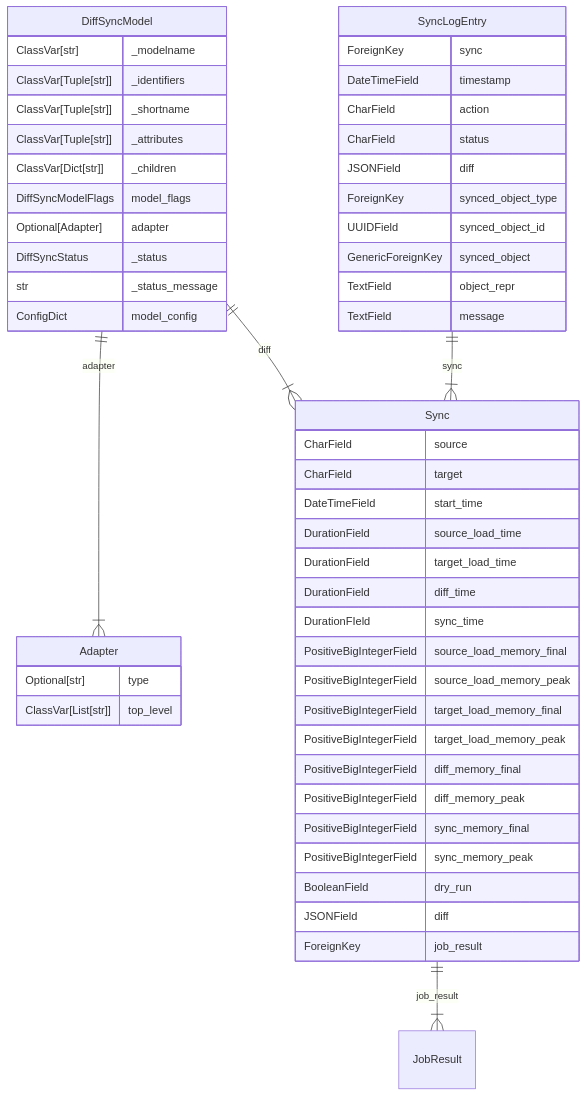
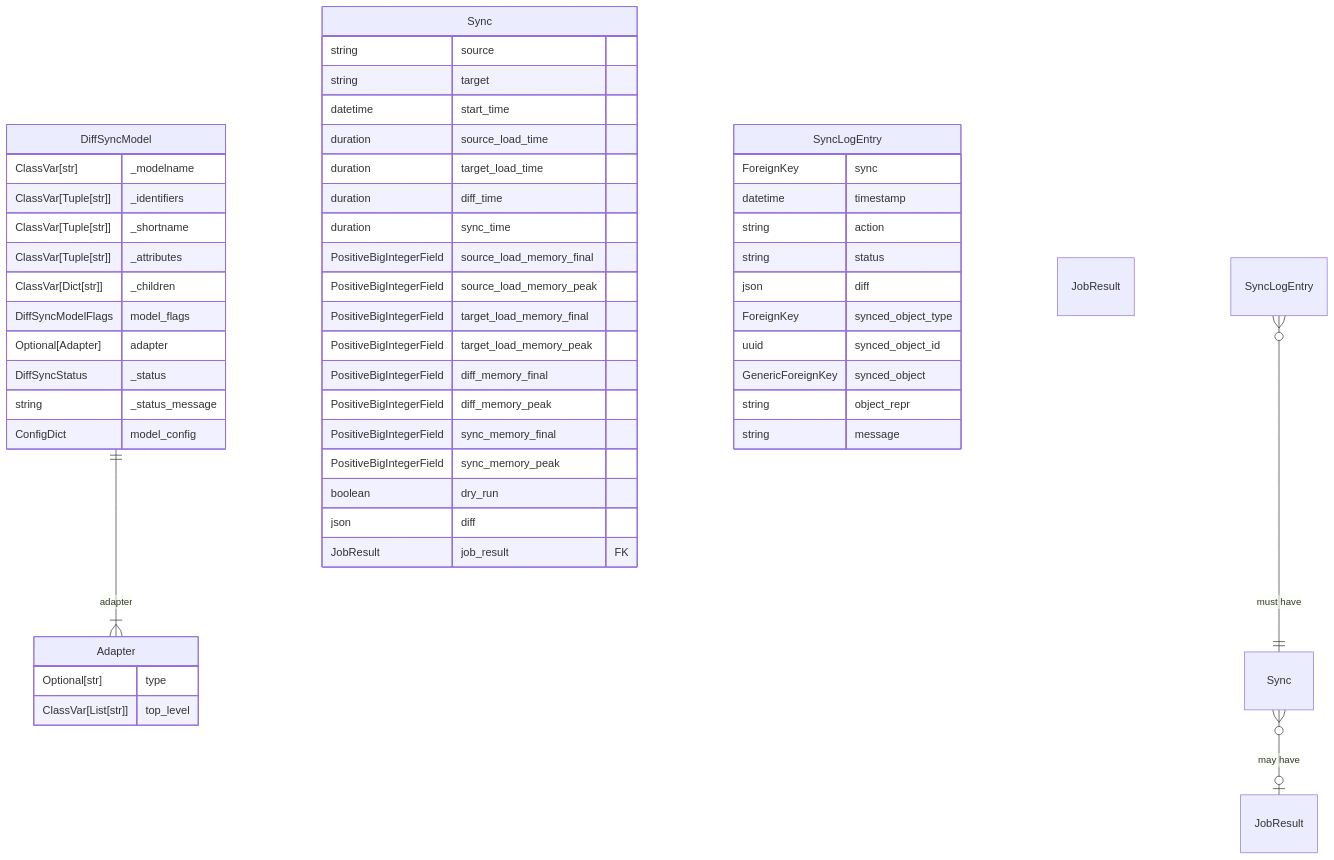
One commit to nautobot/nautobot-app-ssot changed the diagram in docs/dev/diagrams.md. Above: the diagram before and after it, drawn with Mermaid.

Commit message:
docs: 📝 Updates from comments

````diff
--- a/docs/dev/diagrams.md
+++ b/docs/dev/diagrams.md
@@ -5,55 +5,55 @@
 ```mermaid
 erDiagram
 DiffSyncModel{
     ClassVar[str] _modelname
     ClassVar[Tuple[str]] _identifiers
     ClassVar[Tuple[str]] _shortname
     ClassVar[Tuple[str]] _attributes
     ClassVar[Dict[str]] _children
     DiffSyncModelFlags model_flags
     Optional[Adapter] adapter
     DiffSyncStatus _status
-    str _status_message
+    string _status_message
     ConfigDict model_config
 }
 Adapter{
     Optional[str] type
     ClassVar[List[str]] top_level
 }
-Sync{
-    CharField source
-    CharField target
-    DateTimeField start_time
-    DurationField source_load_time
-    DurationField target_load_time
-    DurationField diff_time
-    DurationFIeld sync_time
+"nautobot_app_ssot.Sync"[Sync]{
+    string source
+    string target
+    datetime start_time
+    duration source_load_time
+    duration target_load_time
+    duration diff_time
+    duration sync_time
     PositiveBigIntegerField source_load_memory_final
     PositiveBigIntegerField source_load_memory_peak
     PositiveBigIntegerField target_load_memory_final
     PositiveBigIntegerField target_load_memory_peak
     PositiveBigIntegerField diff_memory_final
     PositiveBigIntegerField diff_memory_peak
     PositiveBigIntegerField sync_memory_final
     PositiveBigIntegerField sync_memory_peak
-    BooleanField dry_run
-    JSONField diff
-    ForeignKey job_result
+    boolean dry_run
+    json diff
+    JobResult job_result FK
 }
-SyncLogEntry{
+"nautobot_app_ssot.SyncLogEntry"[SyncLogEntry]{
     ForeignKey sync
-    DateTimeField timestamp
-    CharField action
-    CharField status
-    JSONField diff
+    datetime timestamp
+    string action
+    string status
+    json diff
     ForeignKey synced_object_type
-    UUIDField synced_object_id
+    uuid synced_object_id
     GenericForeignKey synced_object
-    TextField object_repr
-    TextField message
+    string object_repr
+    string message
 }
-DiffSyncModel||--|{Sync : diff
+"extras.JobResult"[JobResult]{}
+SyncLogEntry }o--|| Sync : "must have"
+Sync }o--o| JobResult : "may have"
 DiffSyncModel||--|{Adapter : adapter
-SyncLogEntry||--|{Sync : sync
-Sync||--|{JobResult : job_result
 ```
````
